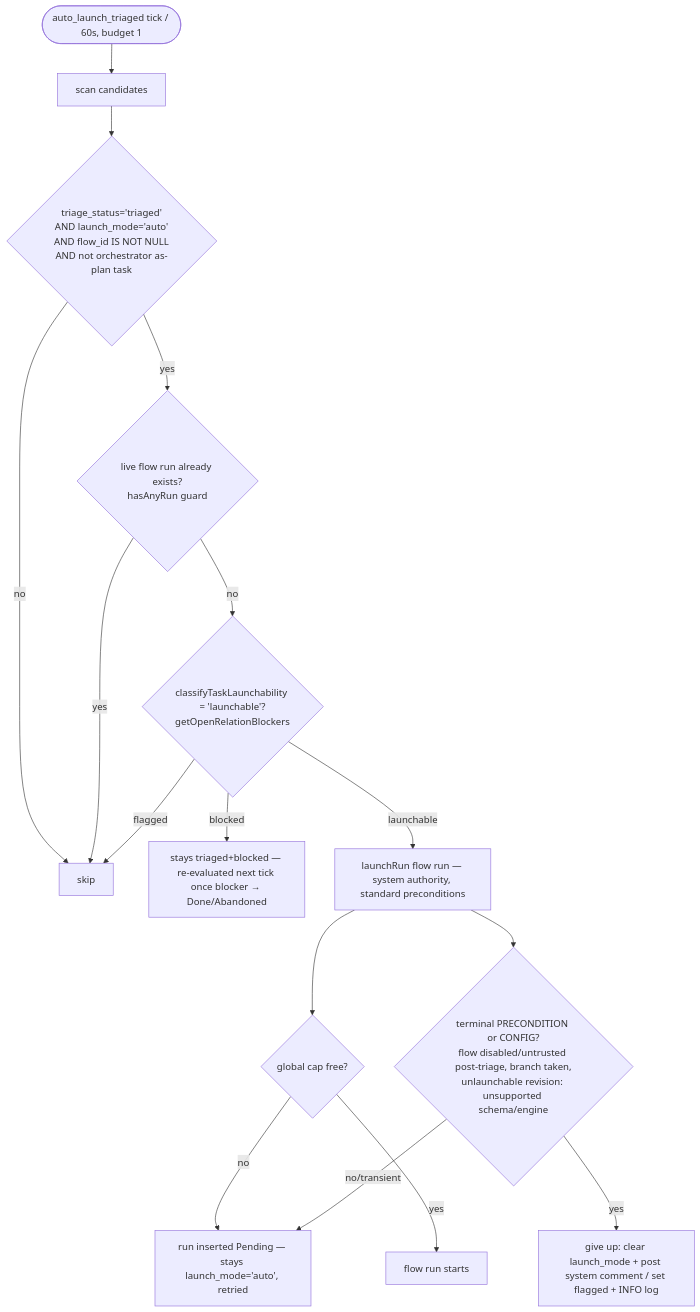
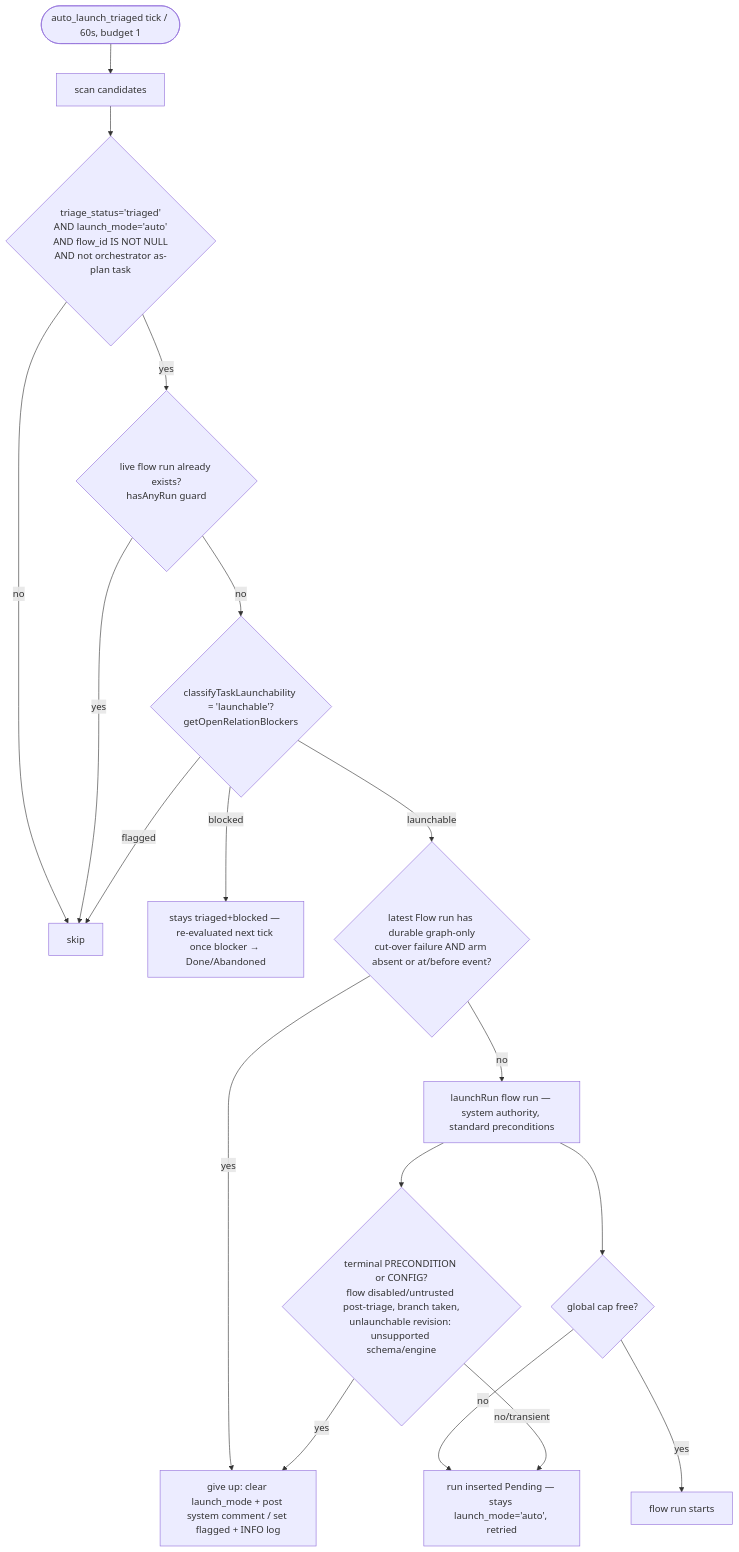
The third of 4 diagrams in docs/system-analytics/triage.md (maister-dev/maister), drawn with Mermaid before and after one commit. The commit also changed other lines of this file and 34 other files, not shown here.

````diff
--- a/docs/system-analytics/triage.md
+++ b/docs/system-analytics/triage.md
@@ -161,18 +161,20 @@
 ```mermaid
 flowchart TD
     T([auto_launch_triaged tick / 60s, budget 1]) --> SCAN[scan candidates]
     SCAN --> P{triage_status='triaged'<br/>AND launch_mode='auto'<br/>AND flow_id IS NOT NULL<br/>AND not orchestrator as-plan task}
     P -- no --> SKIP[skip]
     P -- yes --> LIVE{live flow run already exists?<br/>hasAnyRun guard}
     LIVE -- yes --> SKIP
     LIVE -- no --> CL{classifyTaskLaunchability = 'launchable'?<br/>getOpenRelationBlockers}
     CL -- blocked --> WAIT[stays triaged+blocked — re-evaluated next tick once blocker → Done/Abandoned]
     CL -- flagged --> SKIP
-    CL -- launchable --> LR[launchRun flow run — system authority, standard preconditions]
+    CL -- launchable --> D2{latest Flow run has durable graph-only<br/>cut-over failure AND arm absent or at/before event?}
+    D2 -- yes --> GIVEUP[give up: clear launch_mode + post system comment / set flagged + INFO log]
+    D2 -- no --> LR[launchRun flow run — system authority, standard preconditions]
     LR --> CAP{global cap free?}
     CAP -- no --> PEND[run inserted Pending — stays launch_mode='auto', retried]
     CAP -- yes --> RUN[flow run starts]
     LR --> GU{terminal PRECONDITION or CONFIG?<br/>flow disabled/untrusted post-triage, branch taken,<br/>unlaunchable revision: unsupported schema/engine}
-    GU -- yes --> GIVEUP[give up: clear launch_mode + post system comment / set flagged + INFO log]
+    GU -- yes --> GIVEUP
     GU -- no/transient --> PEND
 ```
````
